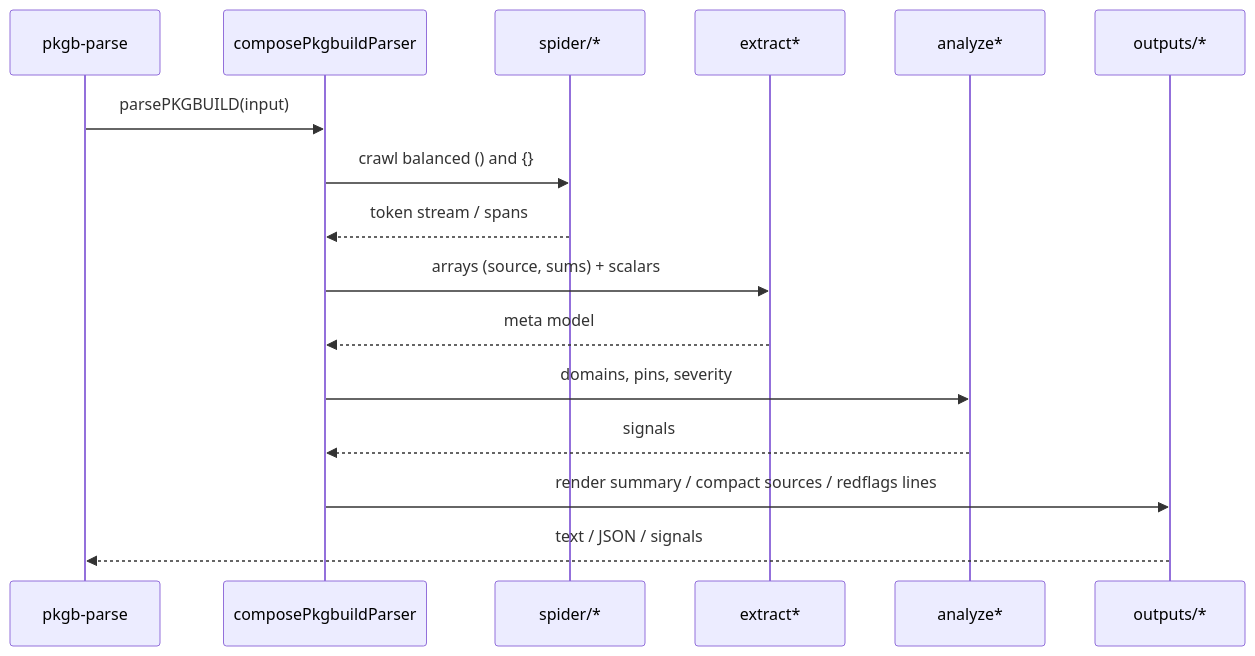
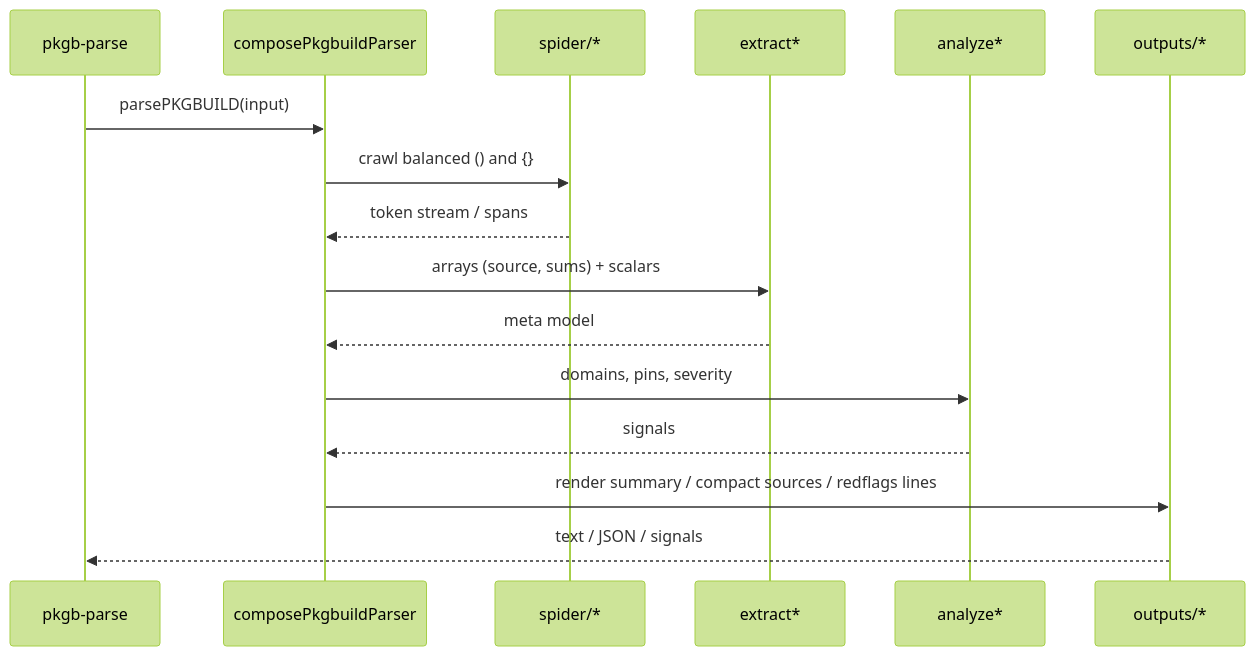
One commit to LuigiD5555/aur_scanner changed the tenth of 12 diagrams in docs/developer/README.dev.md. Above: the diagram before and after it, drawn with Mermaid. The commit also changed other lines of this file and 2 other files, not shown here.

````diff
--- a/docs/developer/README.dev.md
+++ b/docs/developer/README.dev.md
@@ -974,19 +449,20 @@
 ```mermaid
+%%{init: {"theme": "forest", "handDrawn": true}}%%
 sequenceDiagram
     participant CLI as pkgb-parse
     participant Parser as composePkgbuildParser
     participant Spider as spider/*
     participant Extract as extract*
     participant Analyze as analyze*
     participant Outputs as outputs/*
 
     CLI->>Parser: parsePKGBUILD(input)
     Parser->>Spider: crawl balanced () and {}
     Spider-->>Parser: token stream / spans
     Parser->>Extract: arrays (source, sums) + scalars
     Extract-->>Parser: meta model
     Parser->>Analyze: domains, pins, severity
     Analyze-->>Parser: signals
     Parser->>Outputs: render summary / compact sources / redflags lines
     Outputs-->>CLI: text / JSON / signals
 ```
````
